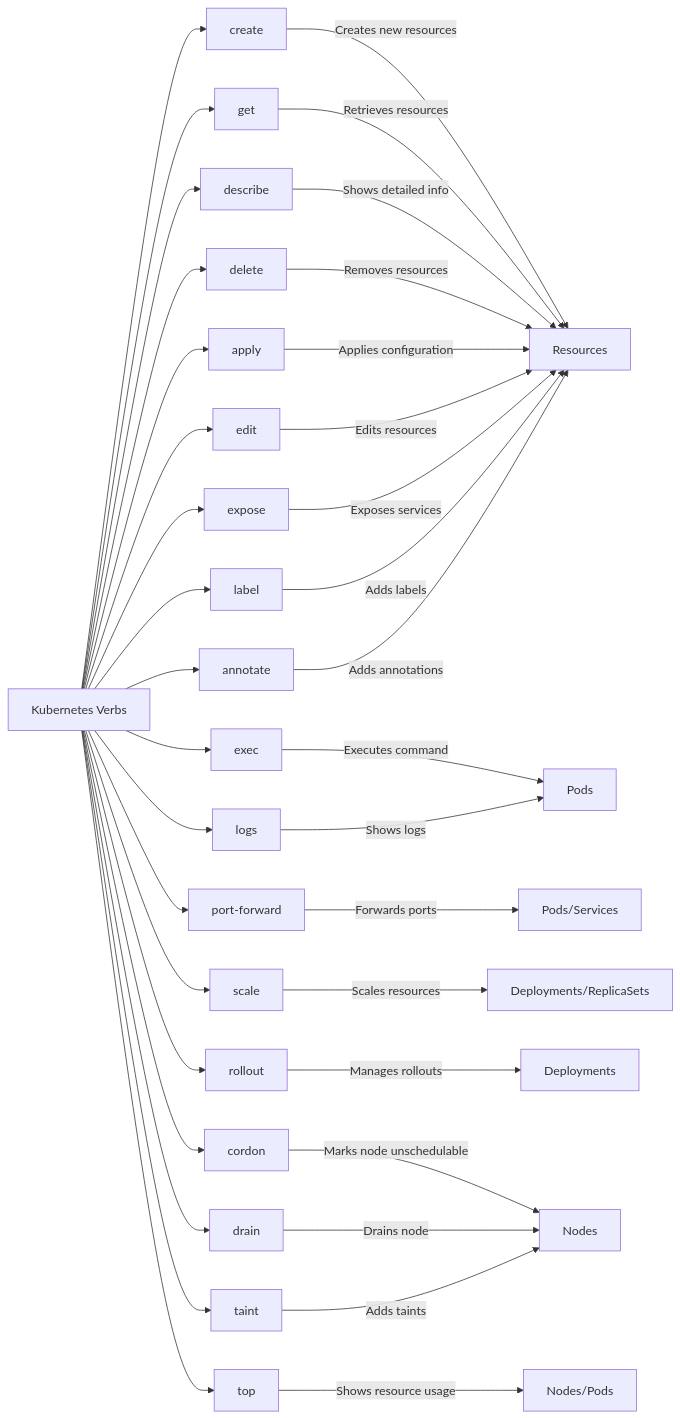
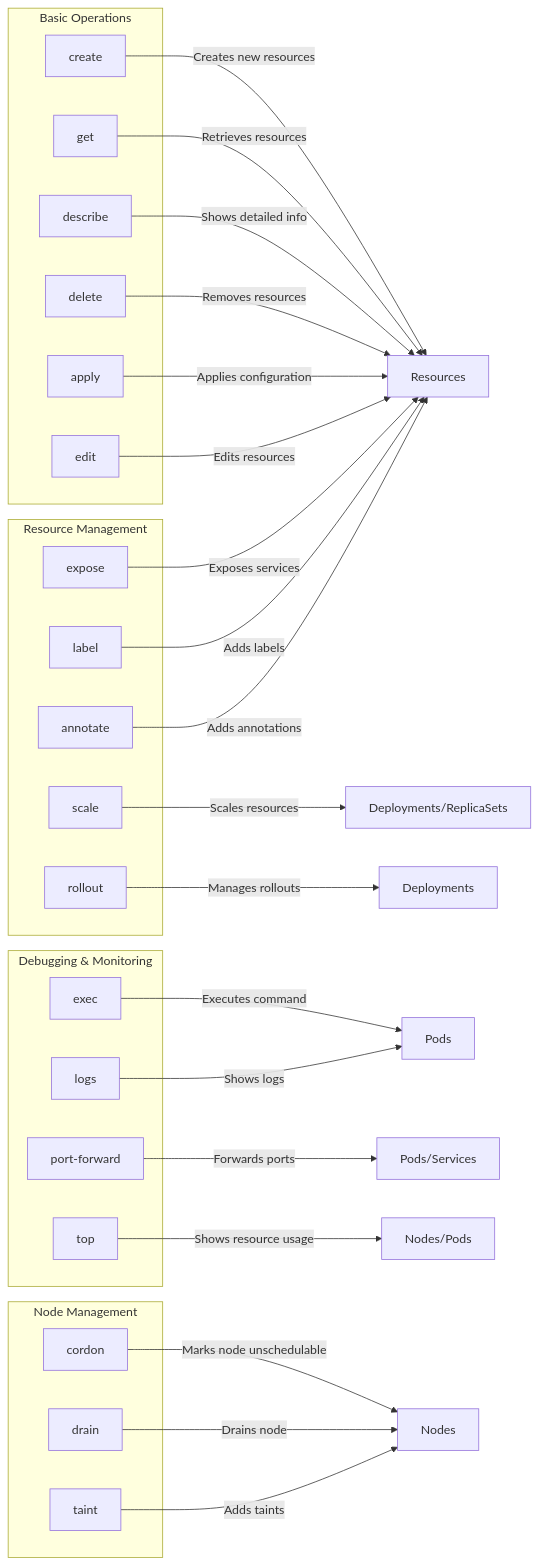
Before and after one commit to aaronaddleman/ckad-practice: the diagram in notes/kubectl-commands.md, drawn with Mermaid.

Commit message:
group the verbs

````diff
--- a/notes/kubectl-commands.md
+++ b/notes/kubectl-commands.md
@@ -97,40 +97,51 @@
 ```mermaid
 graph LR
-    Verbs[Kubernetes Verbs] --> Create[create]
-    Verbs --> Get[get]
-    Verbs --> Describe[describe]
-    Verbs --> Delete[delete]
-    Verbs --> Apply[apply]
-    Verbs --> Edit[edit]
-    Verbs --> Exec[exec]
-    Verbs --> Logs[logs]
-    Verbs --> PortForward[port-forward]
-    Verbs --> Expose[expose]
-    Verbs --> Label[label]
-    Verbs --> Annotate[annotate]
-    Verbs --> Scale[scale]
-    Verbs --> Rollout[rollout]
-    Verbs --> Cordon[cordon]
-    Verbs --> Drain[drain]
-    Verbs --> Taint[taint]
-    Verbs --> Top[top]
-    
+    subgraph Basic Operations
+        Create[create]
+        Get[get]
+        Describe[describe]
+        Delete[delete]
+        Apply[apply]
+        Edit[edit]
+    end
+
+    subgraph Debugging & Monitoring
+        Exec[exec]
+        Logs[logs]
+        PortForward[port-forward]
+        Top[top]
+    end
+
+    subgraph Resource Management
+        Expose[expose]
+        Label[label]
+        Annotate[annotate]
+        Scale[scale]
+        Rollout[rollout]
+    end
+
+    subgraph Node Management
+        Cordon[cordon]
+        Drain[drain]
+        Taint[taint]
+    end
+
     Create -->|Creates new resources| Resources
     Get -->|Retrieves resources| Resources
     Describe -->|Shows detailed info| Resources
     Delete -->|Removes resources| Resources
     Apply -->|Applies configuration| Resources
     Edit -->|Edits resources| Resources
     Exec -->|Executes command| Pods
     Logs -->|Shows logs| Pods
     PortForward -->|Forwards ports| Pods/Services
     Expose -->|Exposes services| Resources
     Label -->|Adds labels| Resources
     Annotate -->|Adds annotations| Resources
     Scale -->|Scales resources| Deployments/ReplicaSets
     Rollout -->|Manages rollouts| Deployments
     Cordon -->|Marks node unschedulable| Nodes
     Drain -->|Drains node| Nodes
     Taint -->|Adds taints| Nodes
     Top -->|Shows resource usage| Nodes/Pods
 ```
````
